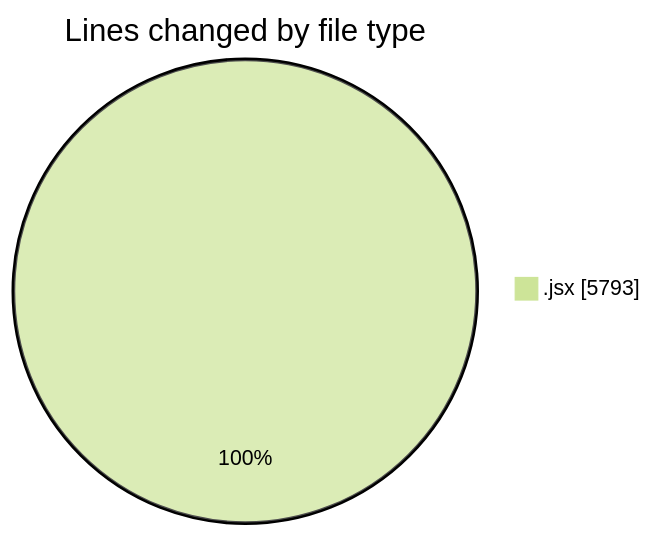
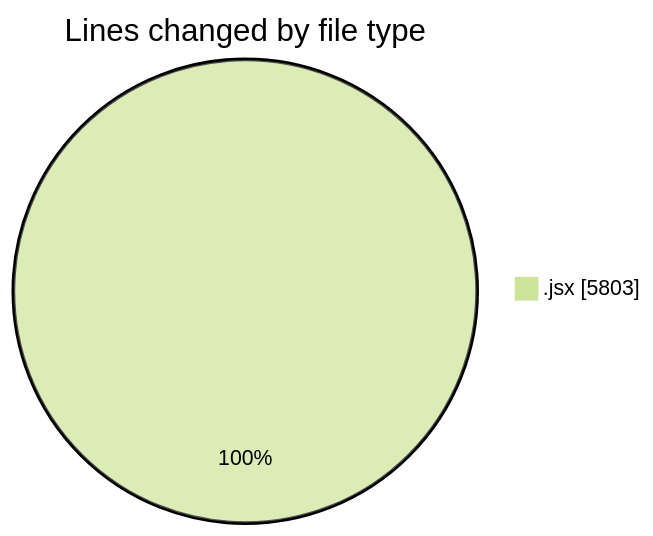
One commit to nxtqubesakshisongat/code-tracking changed the first of 2 diagrams in 2025-07-08/argos/README.md. Above: the diagram before and after it, drawn with Mermaid (forest theme). The commit also changed other lines of this file and 1 other file, not shown here.

````diff
--- a/2025-07-08/argos/README.md
+++ b/2025-07-08/argos/README.md
@@ -26,5 +26,5 @@
 ```mermaid
 pie showData
 title Lines changed by file type
-".jsx" : 5793
+".jsx" : 5803
 ```
````
